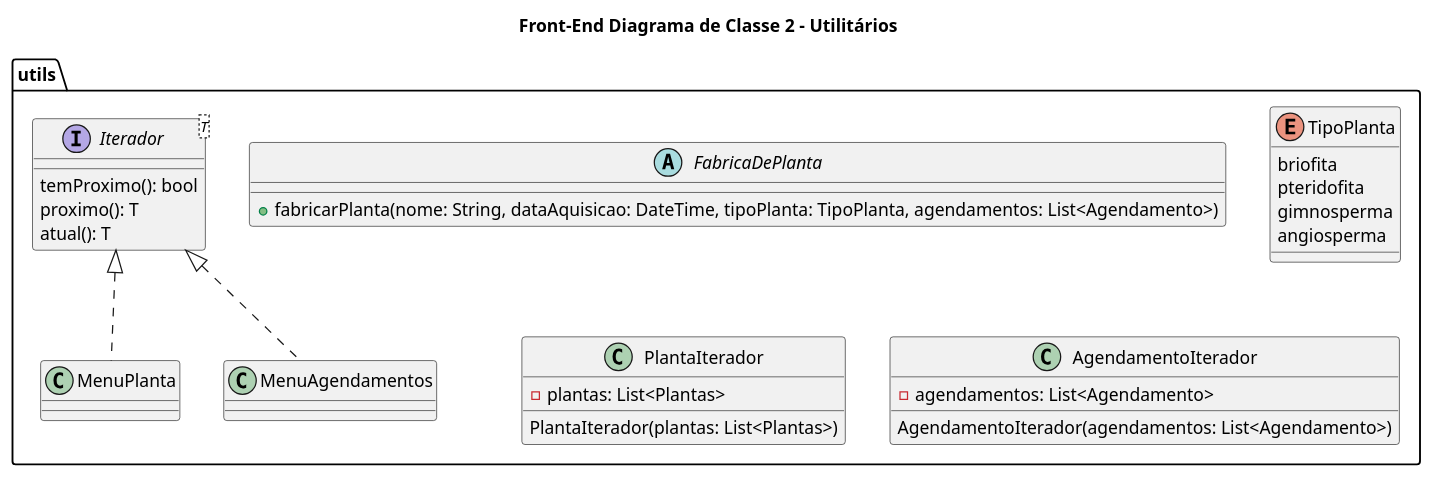
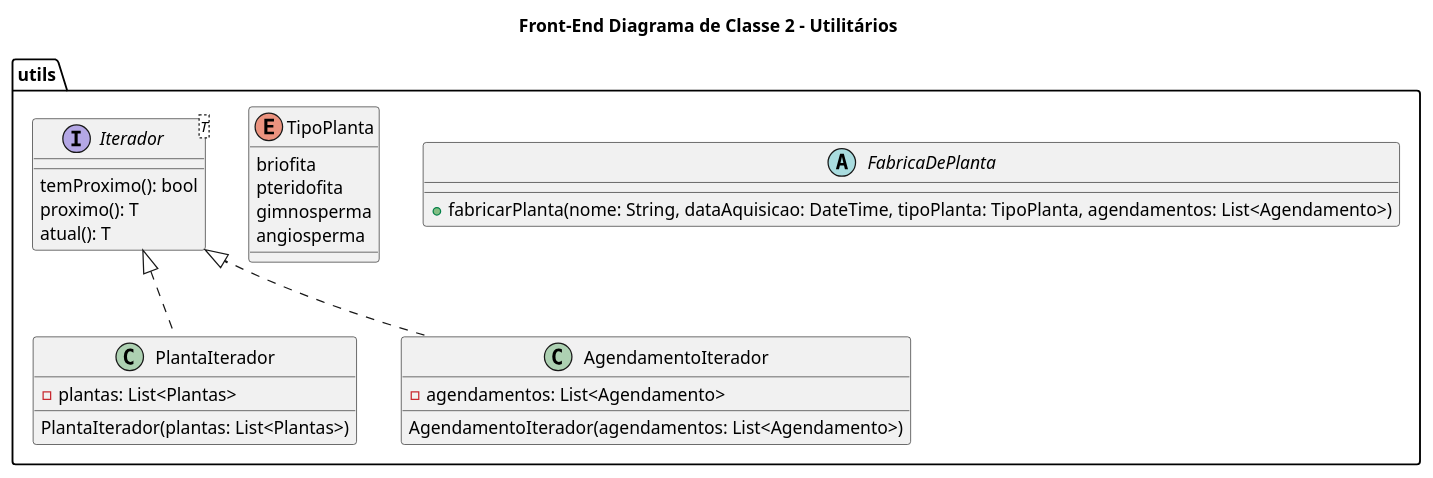
The diagram in docs/diagramas/src/diagramas_classe/frontend/diagrama_classe_2.plantuml (tiagors09/CareGardenProject), drawn with PlantUML before and after one commit.

Commit message:
atualização projeto

```diff
--- a/docs/diagramas/src/diagramas_classe/frontend/diagrama_classe_2.plantuml
+++ b/docs/diagramas/src/diagramas_classe/frontend/diagrama_classe_2.plantuml
@@ -1,37 +1,37 @@
 @startuml Diagrama_Classe_2
 title Front-End Diagrama de Classe 2 - Utilitários
 
 package utils {
   abstract class FabricaDePlanta {
     +fabricarPlanta(nome: String, dataAquisicao: DateTime, tipoPlanta: TipoPlanta, agendamentos: List<Agendamento>)
   }
 
   enum TipoPlanta {
     briofita
     pteridofita
     gimnosperma
     angiosperma
   }
 
   interface Iterador<T> {
     temProximo(): bool
     proximo(): T
     atual(): T
   }
 
   class PlantaIterador {
     -plantas: List<Plantas>
     
     PlantaIterador(plantas: List<Plantas>)
   }
 
   class AgendamentoIterador {
     -agendamentos: List<Agendamento>
     
     AgendamentoIterador(agendamentos: List<Agendamento>)
   }
 
-  Iterador <|.. MenuPlanta
-  Iterador <|.. MenuAgendamentos
+  Iterador <|.. PlantaIterador
+  Iterador <|.. AgendamentoIterador
 }
 @enduml
```
